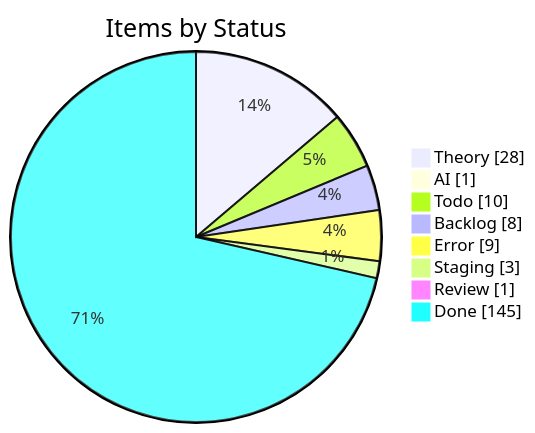
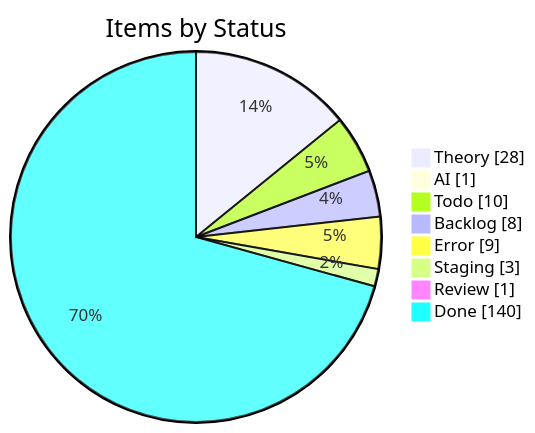
Before and after one commit to KBVE/kbve: the first of 4 diagrams in apps/kbve/astro-kbve/src/content/docs/dashboard/kanban-data.mdx, drawn with Mermaid. The commit also changed other lines of this file and 8 other files, not shown here.

````diff
--- a/apps/kbve/astro-kbve/src/content/docs/dashboard/kanban-data.mdx
+++ b/apps/kbve/astro-kbve/src/content/docs/dashboard/kanban-data.mdx
@@ -55,12 +55,12 @@
 ```mermaid
 pie showData
     title Items by Status
     "Theory" : 28
     "AI" : 1
     "Todo" : 10
     "Backlog" : 8
     "Error" : 9
     "Staging" : 3
     "Review" : 1
-    "Done" : 145
+    "Done" : 140
 ```
````
